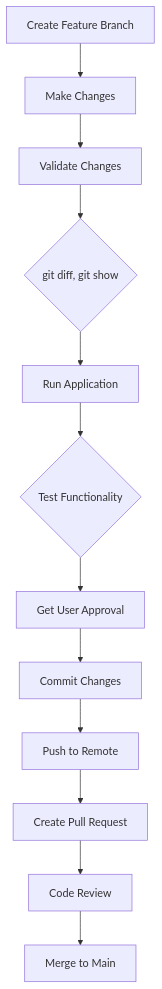
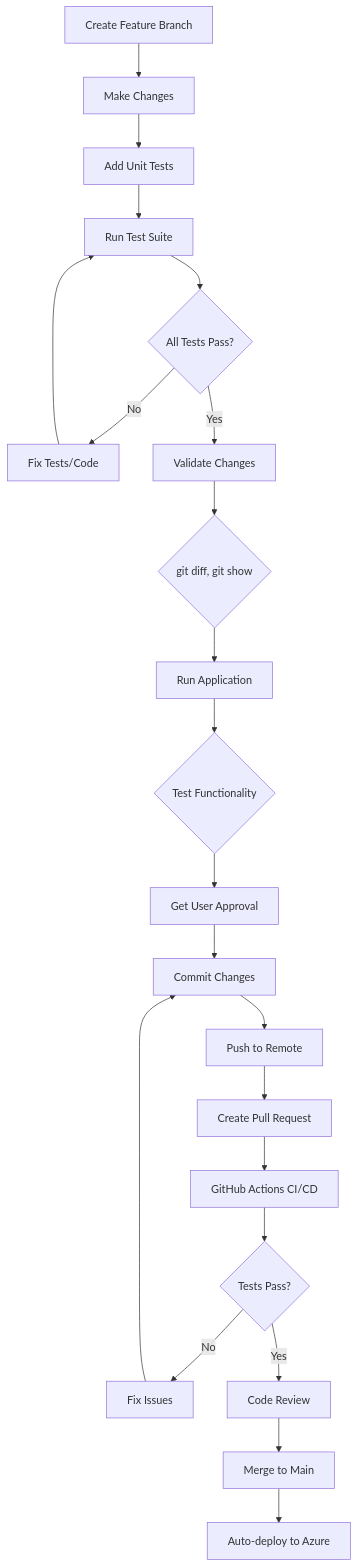
The fourth of 4 diagrams in docs/README.md (mongeon/RecettesIndex), drawn with Mermaid before and after one commit. The commit also changed other lines of this file and 4 other files, not shown here.

````diff
--- a/docs/README.md
+++ b/docs/README.md
@@ -260,14 +294,24 @@
 ```mermaid
 flowchart TD
     A[Create Feature Branch] --> B[Make Changes]
-    B --> C[Validate Changes]
-    C --> D{git diff, git show}
-    D --> E[Run Application]
-    E --> F{Test Functionality}
-    F --> G[Get User Approval]
-    G --> H[Commit Changes]
-    H --> I[Push to Remote]
-    I --> J[Create Pull Request]
-    J --> K[Code Review]
-    K --> L[Merge to Main]
+    B --> C[Add Unit Tests]
+    C --> D[Run Test Suite]
+    D --> E{All Tests Pass?}
+    E -->|No| F[Fix Tests/Code]
+    F --> D
+    E -->|Yes| G[Validate Changes]
+    G --> H{git diff, git show}
+    H --> I[Run Application]
+    I --> J{Test Functionality}
+    J --> K[Get User Approval]
+    K --> L[Commit Changes]
+    L --> M[Push to Remote]
+    M --> N[Create Pull Request]
+    N --> O[GitHub Actions CI/CD]
+    O --> P{Tests Pass?}
+    P -->|No| Q[Fix Issues]
+    Q --> L
+    P -->|Yes| R[Code Review]
+    R --> S[Merge to Main]
+    S --> T[Auto-deploy to Azure]
 ```
````
